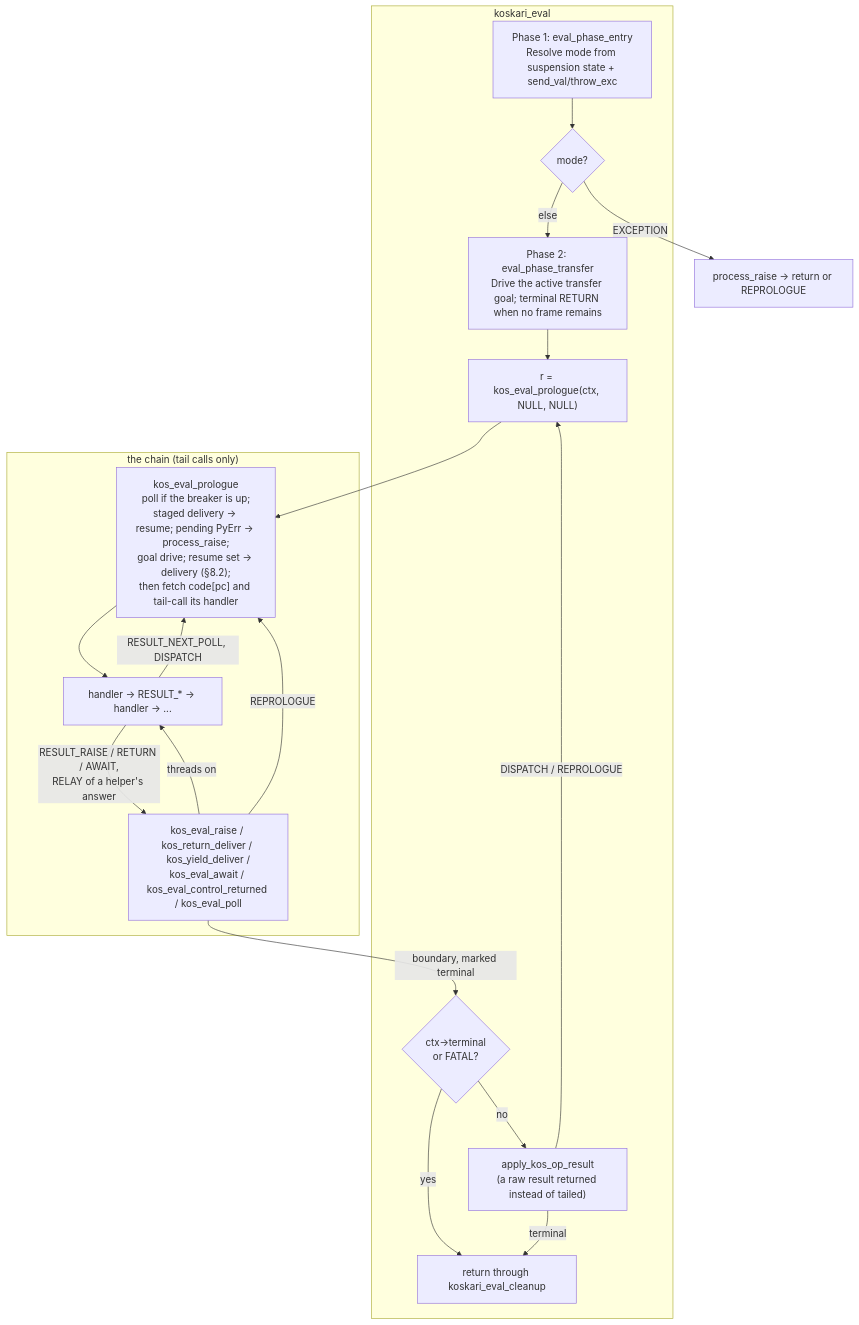
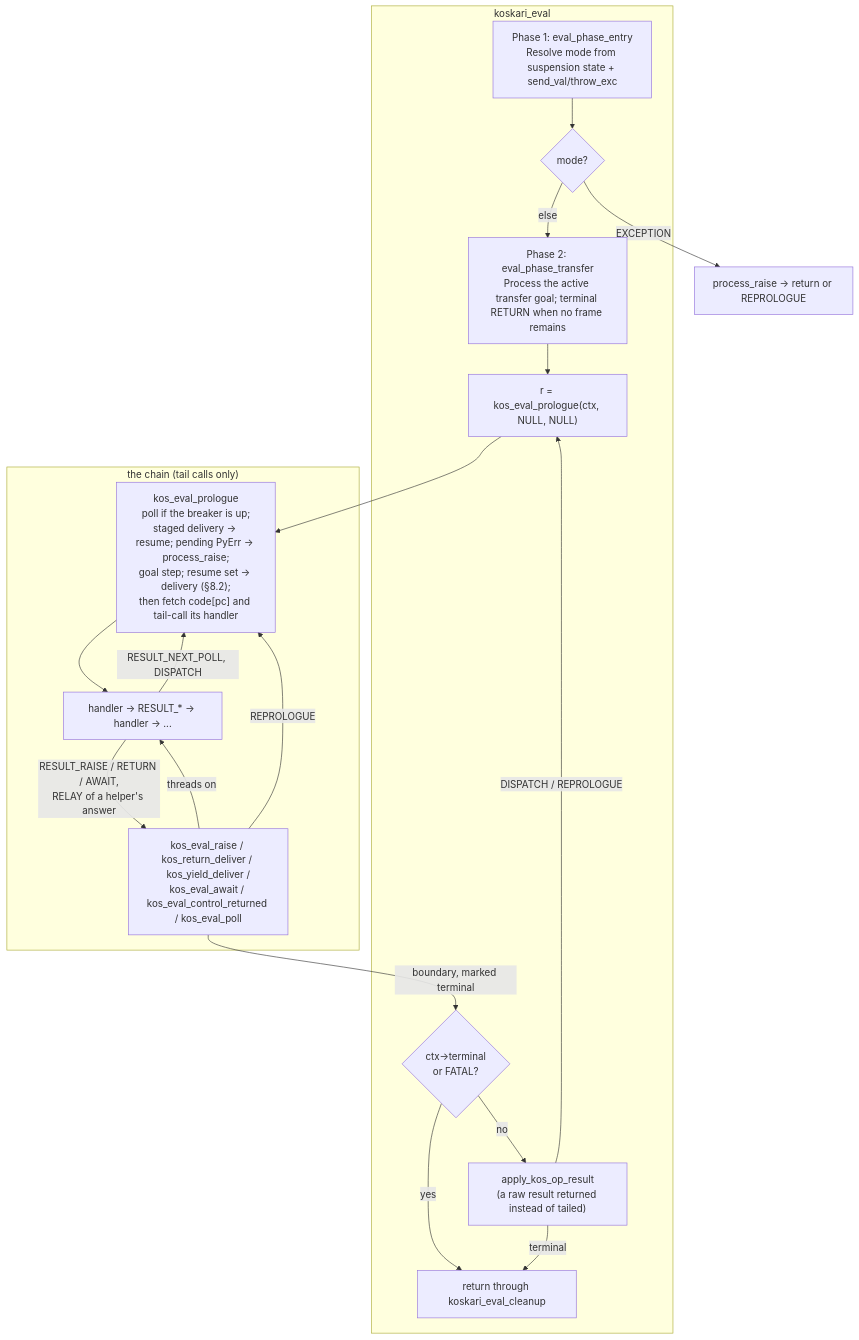
Before and after one commit to koskari-lang/koskari: the first of 12 diagrams in design/EVALUATOR.md, drawn with Mermaid. The commit also changed other lines of this file, not shown here.

````diff
--- a/design/EVALUATOR.md
+++ b/design/EVALUATOR.md
@@ -41,33 +41,33 @@
 ```mermaid
 flowchart TD
     subgraph koskari_eval["koskari_eval"]
         P1["Phase 1: eval_phase_entry<br/>Resolve mode from suspension state + send_val/throw_exc"]
         mode_check{"mode?"}
-        P2["Phase 2: eval_phase_transfer<br/>Drive the active transfer goal; terminal RETURN when no frame remains"]
+        P2["Phase 2: eval_phase_transfer<br/>Process the active transfer goal; terminal RETURN when no frame remains"]
         Call["r = kos_eval_prologue(ctx, NULL, NULL)"]
         Term{"ctx->terminal<br/>or FATAL?"}
         Fallback["apply_kos_op_result<br/>(a raw result returned instead of tailed)"]
         Out["return through koskari_eval_cleanup"]
     end
 
     subgraph chain["the chain (tail calls only)"]
-        Pro["kos_eval_prologue<br/>poll if the breaker is up;<br/>staged delivery → resume; pending PyErr → process_raise;<br/>goal drive; resume set → delivery (§8.2);<br/>then fetch code[pc] and tail-call its handler"]
+        Pro["kos_eval_prologue<br/>poll if the breaker is up;<br/>staged delivery → resume; pending PyErr → process_raise;<br/>goal step; resume set → delivery (§8.2);<br/>then fetch code[pc] and tail-call its handler"]
         Handlers["handler → RESULT_* → handler → ..."]
         Events["kos_eval_raise / kos_return_deliver / kos_yield_deliver /<br/>kos_eval_await / kos_eval_control_returned / kos_eval_poll"]
     end
 
     P1 --> mode_check
     mode_check -->|"EXCEPTION"| process_raise_1["process_raise → return or REPROLOGUE"]
     mode_check -->|"else"| P2
     P2 --> Call --> Pro
     Pro --> Handlers
     Handlers -->|"RESULT_RAISE / RETURN / AWAIT,<br/>RELAY of a helper's answer"| Events
     Events -->|"threads on"| Handlers
     Events -->|"REPROLOGUE"| Pro
     Handlers -->|"RESULT_NEXT_POLL, DISPATCH"| Pro
     Events -->|"boundary, marked terminal"| Term
     Term -->|yes| Out
     Term -->|no| Fallback
     Fallback -->|"DISPATCH / REPROLOGUE"| Call
     Fallback -->|terminal| Out
 ```
````
